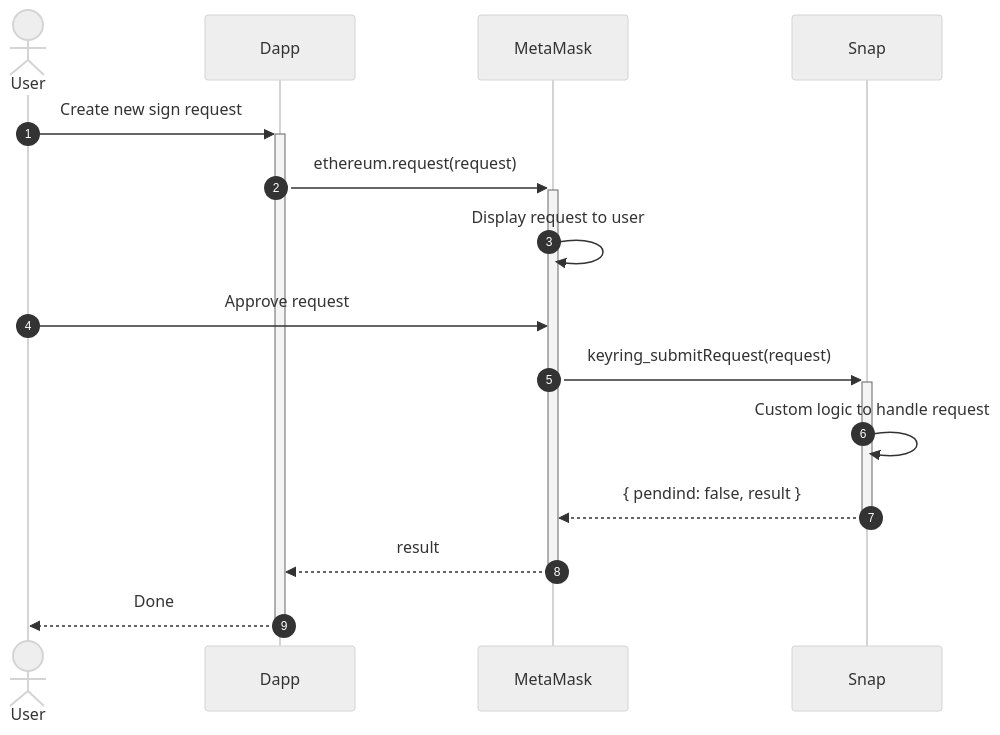
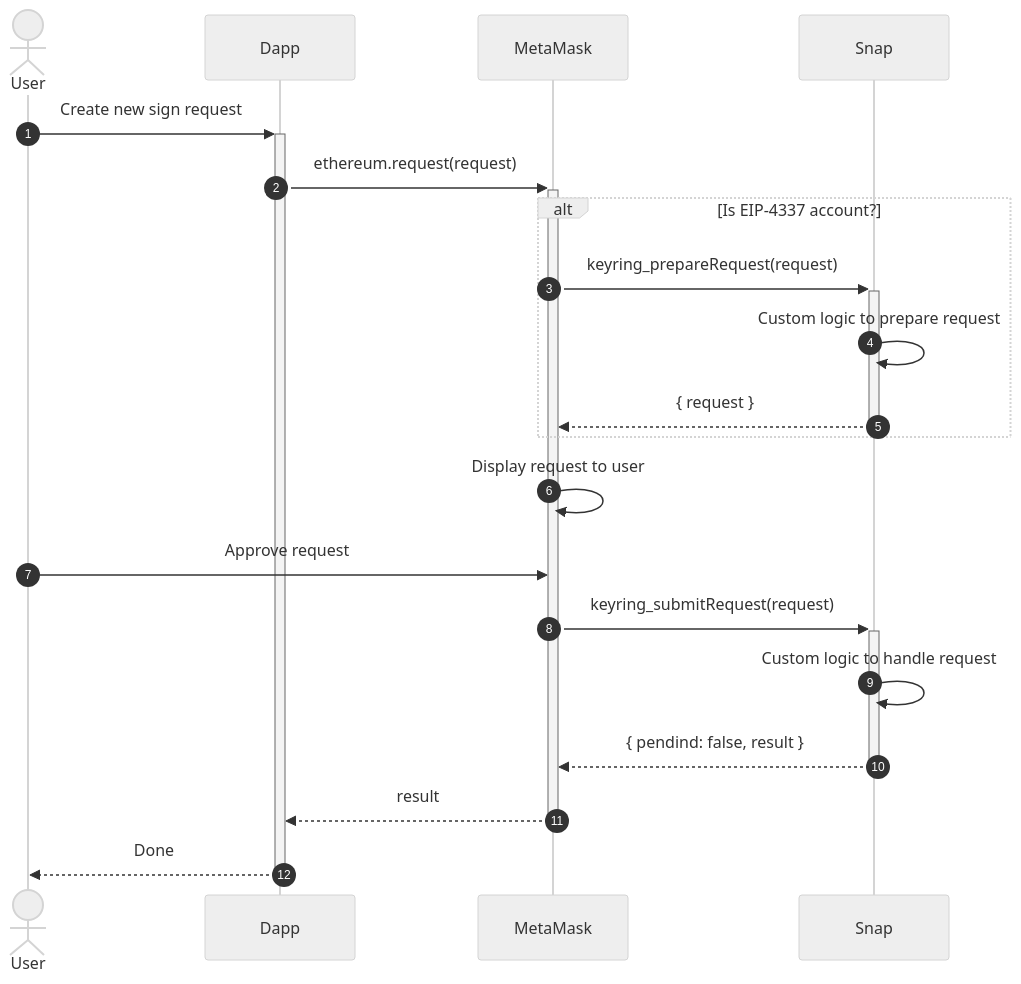
One commit to MetaMask/keyring-api changed the sixth of 6 diagrams in docs/architecture.md. Above: the diagram before and after it, drawn with Mermaid (neutral theme). The commit also changed other lines of this file and 17 other files, not shown here.

````diff
--- a/docs/architecture.md
+++ b/docs/architecture.md
@@ -200,22 +205,27 @@
 ```mermaid
 sequenceDiagram
 autonumber
 
 actor User
 participant Dapp
 participant MetaMask
 participant Snap
 
 User ->>+ Dapp: Create new sign request
 Dapp ->>+ MetaMask: ethereum.request(request)
+alt Is EIP-4337 account?
+  MetaMask ->>+ Snap: keyring_prepareRequest(request)
+  Snap ->> Snap: Custom logic to prepare request
+  Snap -->>- MetaMask: { request }
+end
 MetaMask ->> MetaMask: Display request to user
 User ->> MetaMask: Approve request
 
 MetaMask ->>+ Snap: keyring_submitRequest(request)
 Snap ->> Snap: Custom logic to handle request
 Snap -->>- MetaMask: { pendind: false, result }
 
 MetaMask -->>- Dapp: result
 
 Dapp -->>- User: Done
 ```
````
